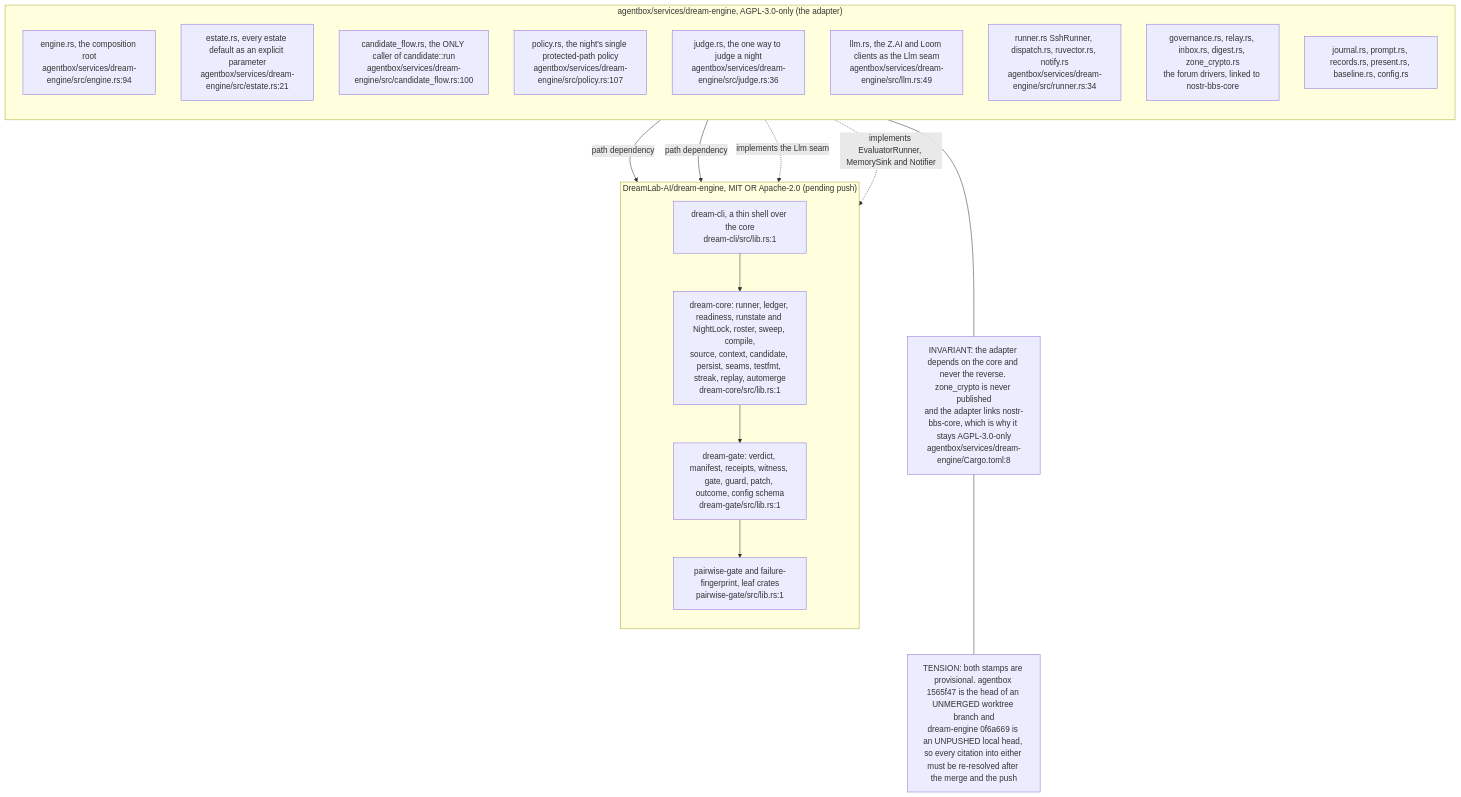
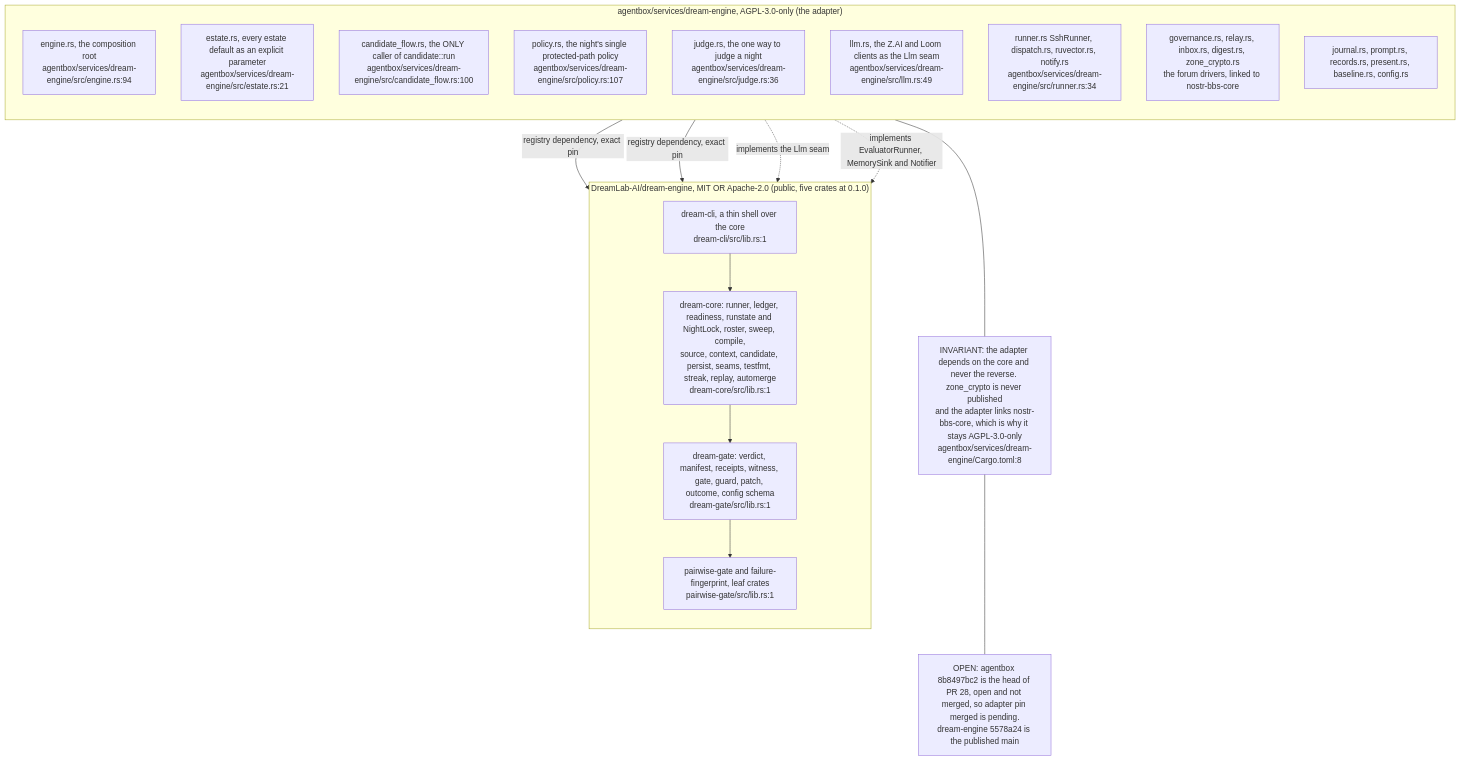
The third of 20 diagrams in docs/diagrams/agentbox/23-dream-engine.md (DreamLab-AI/VisionFlow), drawn with Mermaid before and after one commit. The commit also changed other lines of this file and 10 other files, not shown here.

First line of the commit message:
docs(diagrams): re-stamp the dream-engine extraction topics to the published state

````diff
--- a/docs/diagrams/agentbox/23-dream-engine.md
+++ b/docs/diagrams/agentbox/23-dream-engine.md
@@ -227,33 +229,33 @@
 ```mermaid
 flowchart TB
     subgraph adapter["agentbox/services/dream-engine, AGPL-3.0-only (the adapter)"]
         direction TB
         E1["engine.rs, the composition root<br/>agentbox/services/dream-engine/src/engine.rs:94"]
         E2["estate.rs, every estate default as an explicit parameter<br/>agentbox/services/dream-engine/src/estate.rs:21"]
         E3["candidate_flow.rs, the ONLY caller of candidate::run<br/>agentbox/services/dream-engine/src/candidate_flow.rs:100"]
         E4["policy.rs, the night's single protected-path policy<br/>agentbox/services/dream-engine/src/policy.rs:107"]
         E5["judge.rs, the one way to judge a night<br/>agentbox/services/dream-engine/src/judge.rs:36"]
         E6["llm.rs, the Z.AI and Loom clients as the Llm seam<br/>agentbox/services/dream-engine/src/llm.rs:49"]
         E7["runner.rs SshRunner, dispatch.rs, ruvector.rs, notify.rs<br/>agentbox/services/dream-engine/src/runner.rs:34"]
         E8["governance.rs, relay.rs, inbox.rs, digest.rs, zone_crypto.rs<br/>the forum drivers, linked to nostr-bbs-core"]
         E9["journal.rs, prompt.rs, records.rs, present.rs, baseline.rs, config.rs"]
     end
-    subgraph core["DreamLab-AI/dream-engine, MIT OR Apache-2.0 (pending push)"]
+    subgraph core["DreamLab-AI/dream-engine, MIT OR Apache-2.0 (public, five crates at 0.1.0)"]
         direction TB
         C1["dream-core: runner, ledger, readiness, runstate and NightLock, roster, sweep, compile,<br/>source, context, candidate, persist, seams, testfmt, streak, replay, automerge<br/>dream-core/src/lib.rs:1"]
         C2["dream-gate: verdict, manifest, receipts, witness, gate, guard, patch, outcome, config schema<br/>dream-gate/src/lib.rs:1"]
         C3["pairwise-gate and failure-fingerprint, leaf crates<br/>pairwise-gate/src/lib.rs:1"]
         C4["dream-cli, a thin shell over the core<br/>dream-cli/src/lib.rs:1"]
     end
-    E1 -->|"path dependency"| C1
-    E1 -->|"path dependency"| C2
+    E1 -->|"registry dependency, exact pin"| C1
+    E1 -->|"registry dependency, exact pin"| C2
     C1 --> C2
     C2 --> C3
     C4 --> C1
     E6 -.->|"implements the Llm seam"| C1
     E7 -.->|"implements EvaluatorRunner, MemorySink and Notifier"| C1
     BARRIER["INVARIANT: the adapter depends on the core and never the reverse. zone_crypto is never published<br/>and the adapter links nostr-bbs-core, which is why it stays AGPL-3.0-only<br/>agentbox/services/dream-engine/Cargo.toml:8"]
     E8 --- BARRIER
-    STAMP["TENSION: both stamps are provisional. agentbox 1565f47 is the head of an UNMERGED worktree branch and<br/>dream-engine 0f6a669 is an UNPUSHED local head, so every citation into either must be re-resolved after the merge and the push"]
+    STAMP["OPEN: agentbox 8b8497bc2 is the head of PR 28, open and not merged, so adapter pin merged is pending.<br/>dream-engine 5578a24 is the published main"]
     BARRIER --- STAMP
 ```
````
